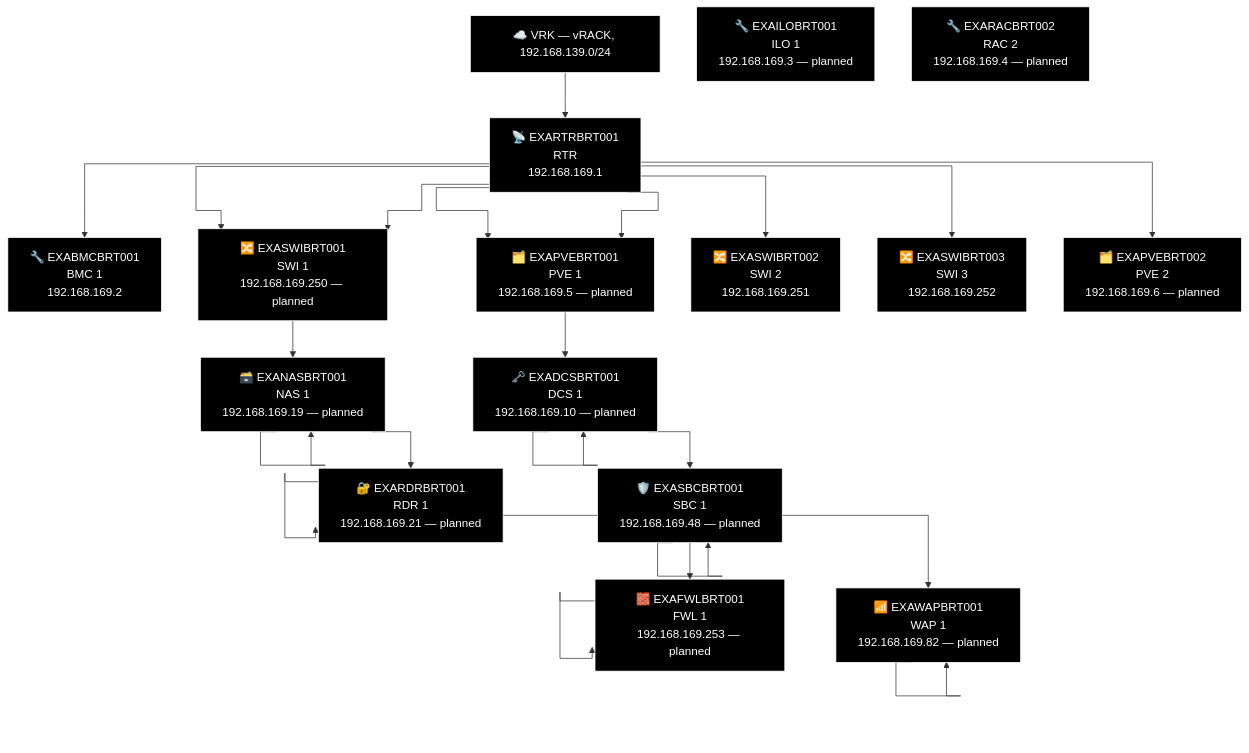
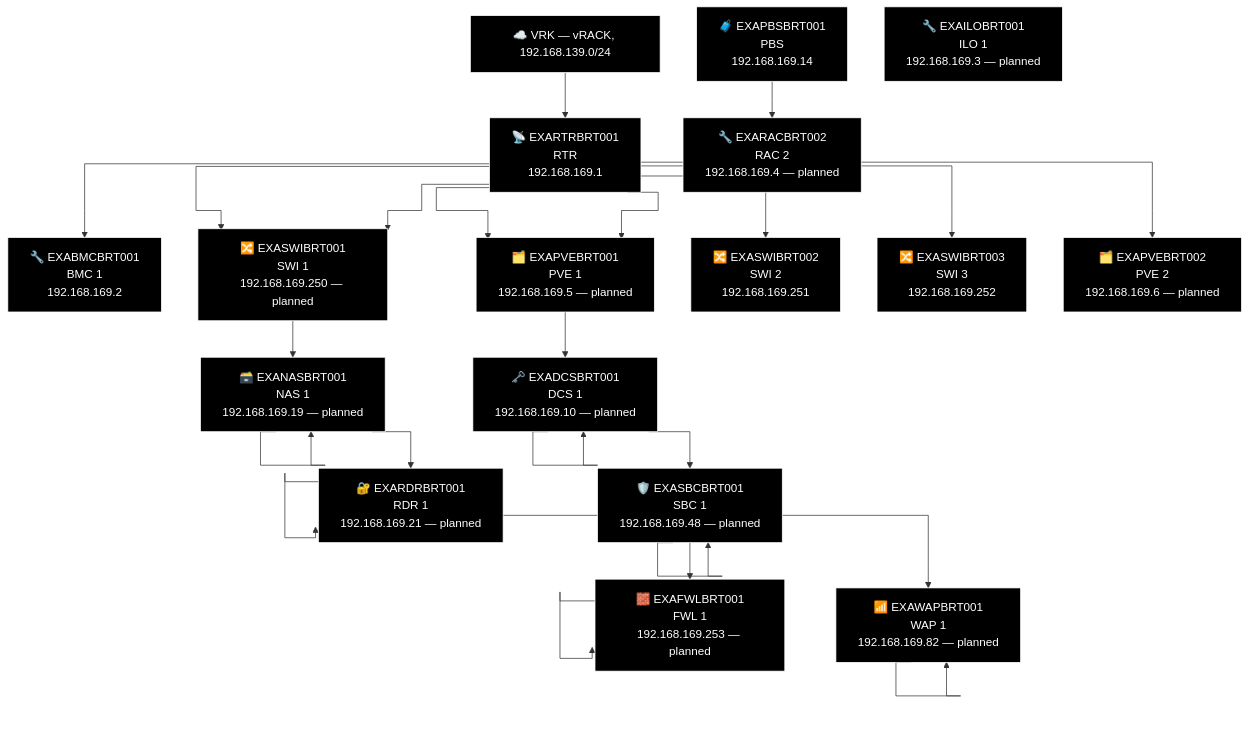
The second of 2 diagrams in docs/network-diagram/lebanon.md (knightmare2600/example_music_infra), drawn with Mermaid before and after one commit. The commit also changed 14 other files, not shown here.

First line of the commit message:
docs/network-diagram: regenerate, every site was missing its PBS node

````diff
--- a/docs/network-diagram/lebanon.md
+++ b/docs/network-diagram/lebanon.md
@@ -31,65 +31,68 @@
 ```mermaid
 %% GENERATED:TOPOLOGY:BRT:START
 %%{init: {'flowchart': {'curve': 'stepAfter'}}}%%
 graph TD
     T_VRK["☁️ VRK — vRACK, 192.168.139.0/24"]
     T_RTR["📡 EXARTRBRT001<br/>RTR<br/>192.168.169.1"]
     T_VRK --> T_RTR
     T_BMC["🔧 EXABMCBRT001<br/>BMC 1<br/>192.168.169.2"]
     T_RTR --> T_BMC
     T_PVE["🗂️ EXAPVEBRT001<br/>PVE 1<br/>192.168.169.5"]
     T_RTR --> T_PVE
     T_SWI["🔀 EXASWIBRT001<br/>SWI 1<br/>192.168.169.250"]
     T_RTR --> T_SWI
     T_SWI2["🔀 EXASWIBRT002<br/>SWI 2<br/>192.168.169.251"]
     T_RTR --> T_SWI2
     T_SWI3["🔀 EXASWIBRT003<br/>SWI 3<br/>192.168.169.252"]
     T_RTR --> T_SWI3
     T_SWI["🔀 EXASWIBRT001<br/>SWI 1<br/>192.168.169.250 — planned"]
     T_RTR --> T_SWI
     T_PVE["🗂️ EXAPVEBRT001<br/>PVE 1<br/>192.168.169.5 — planned"]
     T_RTR --> T_PVE
     T_PVE2["🗂️ EXAPVEBRT002<br/>PVE 2<br/>192.168.169.6 — planned"]
     T_RTR --> T_PVE2
     T_NAS["🗃️ EXANASBRT001<br/>NAS<br/>192.168.169.19"]
     T_NAS["🗃️ EXANASBRT001<br/>NAS 1<br/>192.168.169.19 — planned"]
     T_RDR["🔐 EXARDRBRT001<br/>RDR<br/>192.168.169.21"]
     T_RDR["🔐 EXARDRBRT001<br/>RDR 1<br/>192.168.169.21 — planned"]
     T_WAP["📶 EXAWAPBRT001<br/>WAP 1<br/>192.168.169.82"]
     T_WAP["📶 EXAWAPBRT001<br/>WAP 1<br/>192.168.169.82 — planned"]
     T_SWI --> T_NAS --> T_NAS --> T_RDR --> T_RDR --> T_WAP --> T_WAP
     T_DCS["🗝️ EXADCSBRT001<br/>DCS 1<br/>192.168.169.10"]
     T_DCS["🗝️ EXADCSBRT001<br/>DCS 1<br/>192.168.169.10 — planned"]
     T_SBC["🛡️ EXASBCBRT001<br/>SBC<br/>192.168.169.48"]
     T_SBC["🛡️ EXASBCBRT001<br/>SBC 1<br/>192.168.169.48 — planned"]
     T_FWL["🧱 EXAFWLBRT001<br/>LAN Face<br/>192.168.169.253"]
     T_FWL["🧱 EXAFWLBRT001<br/>FWL 1<br/>192.168.169.253 — planned"]
     T_PVE --> T_DCS --> T_DCS --> T_SBC --> T_SBC --> T_FWL --> T_FWL
+    T_PBS["🧳 EXAPBSBRT001<br/>PBS<br/>192.168.169.14"]
     T_ILO["🔧 EXAILOBRT001<br/>ILO 1<br/>192.168.169.3 — planned"]
     T_RAC["🔧 EXARACBRT002<br/>RAC 2<br/>192.168.169.4 — planned"]
+    T_PBS --> T_RAC
     style T_VRK fill:#000000,stroke:#FFFFFF,color:#FFFFFF
     style T_RTR fill:#000000,stroke:#FFFFFF,color:#FFFFFF
     style T_BMC fill:#000000,stroke:#FFFFFF,color:#FFFFFF
     style T_PVE fill:#000000,stroke:#FFFFFF,color:#FFFFFF
     style T_SWI fill:#000000,stroke:#FFFFFF,color:#FFFFFF
     style T_SWI2 fill:#000000,stroke:#FFFFFF,color:#FFFFFF
     style T_SWI3 fill:#000000,stroke:#FFFFFF,color:#FFFFFF
     style T_SWI fill:#000000,stroke:#FFFFFF,color:#FFFFFF
     style T_PVE fill:#000000,stroke:#FFFFFF,color:#FFFFFF
     style T_PVE2 fill:#000000,stroke:#FFFFFF,color:#FFFFFF
     style T_NAS fill:#000000,stroke:#FFFFFF,color:#FFFFFF
     style T_NAS fill:#000000,stroke:#FFFFFF,color:#FFFFFF
     style T_RDR fill:#000000,stroke:#FFFFFF,color:#FFFFFF
     style T_RDR fill:#000000,stroke:#FFFFFF,color:#FFFFFF
     style T_WAP fill:#000000,stroke:#FFFFFF,color:#FFFFFF
     style T_WAP fill:#000000,stroke:#FFFFFF,color:#FFFFFF
     style T_DCS fill:#000000,stroke:#FFFFFF,color:#FFFFFF
     style T_DCS fill:#000000,stroke:#FFFFFF,color:#FFFFFF
     style T_SBC fill:#000000,stroke:#FFFFFF,color:#FFFFFF
     style T_SBC fill:#000000,stroke:#FFFFFF,color:#FFFFFF
     style T_FWL fill:#000000,stroke:#FFFFFF,color:#FFFFFF
     style T_FWL fill:#000000,stroke:#FFFFFF,color:#FFFFFF
+    style T_PBS fill:#000000,stroke:#FFFFFF,color:#FFFFFF
     style T_ILO fill:#000000,stroke:#FFFFFF,color:#FFFFFF
     style T_RAC fill:#000000,stroke:#FFFFFF,color:#FFFFFF
 %% GENERATED:TOPOLOGY:BRT:END
 ```
````
